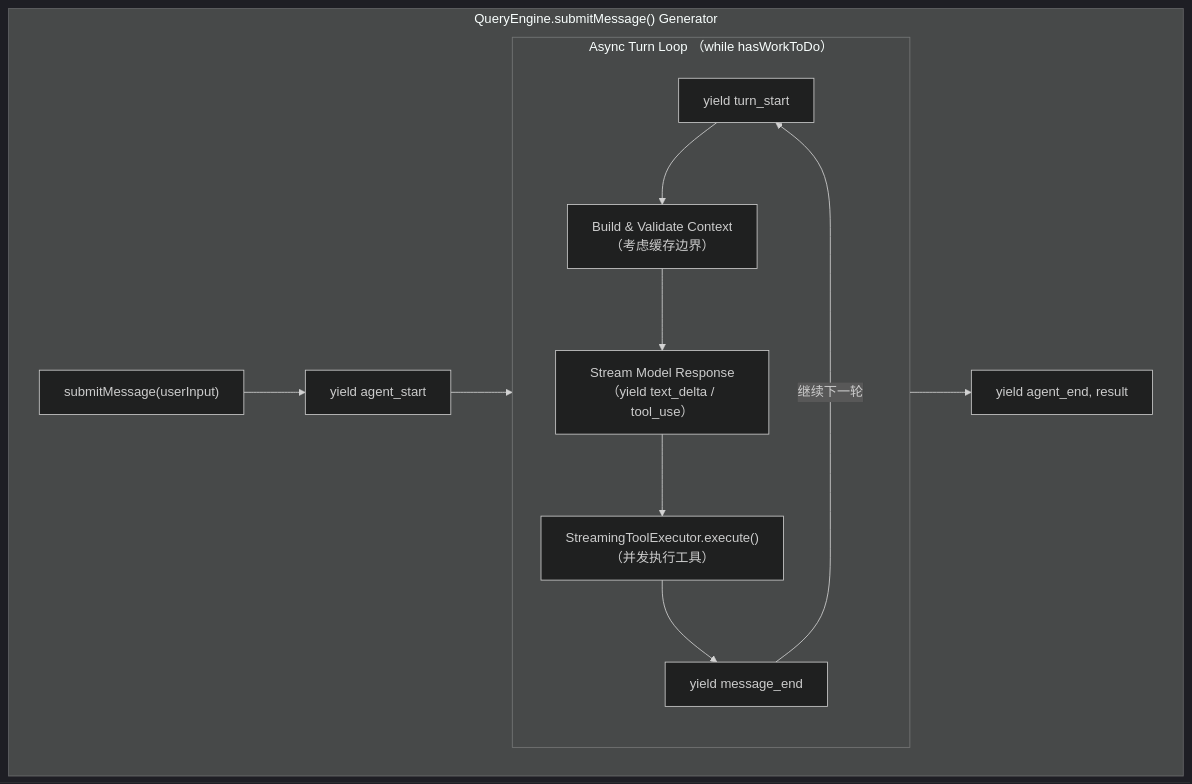
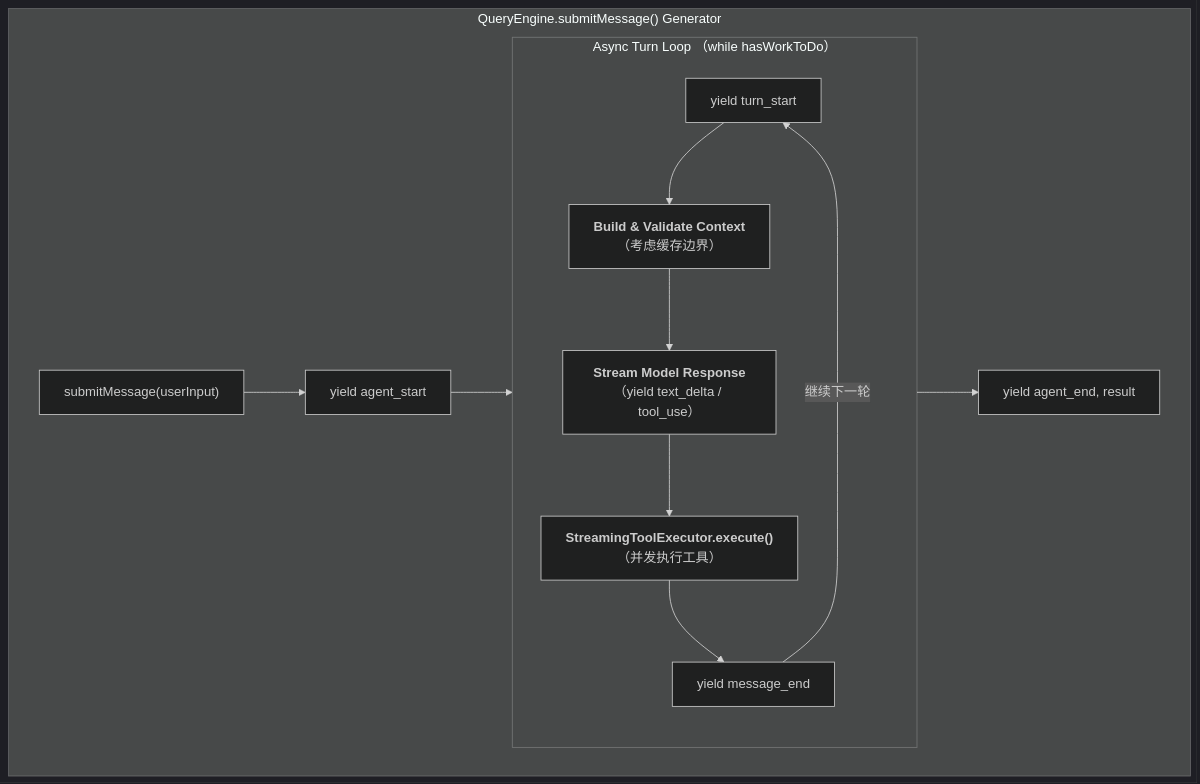
Before and after one commit to yeasy/harness_engineering_guide: the second of 3 diagrams in 04_runtime/4.1_agent_loop.md, drawn with Mermaid (dark theme). The commit also changed other lines of this file and 26 other files, not shown here.

Commit message:
Add bold titles to Mermaid diagram nodes

````diff
--- a/04_runtime/4.1_agent_loop.md
+++ b/04_runtime/4.1_agent_loop.md
@@ -49,17 +49,17 @@
 ```mermaid
 flowchart TD
     subgraph Generator["QueryEngine.submitMessage() Generator"]
         A["submitMessage(userInput)"] --> B["yield agent_start"]
         B --> C
 
         subgraph C["Async Turn Loop （while hasWorkToDo）"]
-            D["yield turn_start"] --> E["Build & Validate Context<br/>（考虑缓存边界）"]
-            E --> F["Stream Model Response<br/>（yield text_delta / tool_use）"]
-            F --> G["StreamingToolExecutor.execute()<br/>（并发执行工具）"]
+            D["yield turn_start"] --> E["<b>Build & Validate Context</b><br/>（考虑缓存边界）"]
+            E --> F["<b>Stream Model Response</b><br/>（yield text_delta / tool_use）"]
+            F --> G["<b>StreamingToolExecutor.execute()</b><br/>（并发执行工具）"]
             G --> H["yield message_end"]
             H -->|"继续下一轮"| D
         end
 
         C --> I["yield agent_end, result"]
     end
 ```
````
